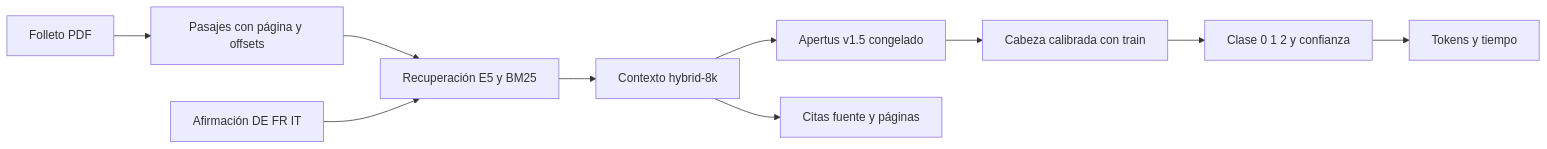
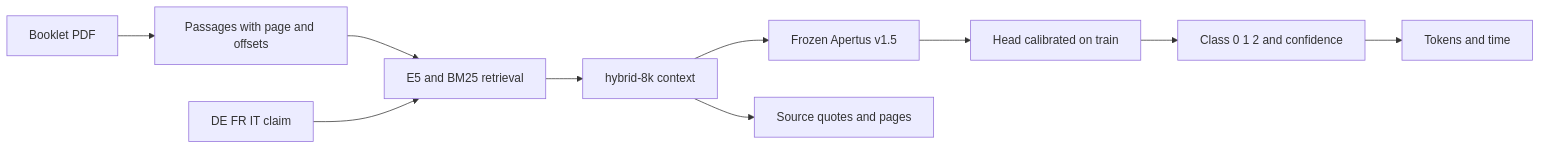
One commit to hallzyx/apertus changed the diagram in track_2a/experiments/apertus-v15-phase2/research-summary.md. Above: the diagram before and after it, drawn with Mermaid. The commit also changed other lines of this file and 7 other files, not shown here.

````diff
--- a/track_2a/experiments/apertus-v15-phase2/research-summary.md
+++ b/track_2a/experiments/apertus-v15-phase2/research-summary.md
@@ -43,12 +43,12 @@
 ```mermaid
 flowchart LR
- PDF[Folleto PDF] --> Parse[Pasajes con página y offsets]
- Parse --> Retrieve[Recuperación E5 y BM25]
- Claim[Afirmación DE FR IT] --> Retrieve
- Retrieve --> Context[Contexto hybrid-8k]
- Context --> Apertus[Apertus v1.5 congelado]
- Apertus --> Head[Cabeza calibrada con train]
- Head --> Label[Clase 0 1 2 y confianza]
- Context --> Quotes[Citas fuente y páginas]
- Label --> Metrics[Tokens y tiempo]
+ PDF[Booklet PDF] --> Parse[Passages with page and offsets]
+ Parse --> Retrieve[E5 and BM25 retrieval]
+ Claim[DE FR IT claim] --> Retrieve
+ Retrieve --> Context[hybrid-8k context]
+ Context --> Apertus[Frozen Apertus v1.5]
+ Apertus --> Head[Head calibrated on train]
+ Head --> Label[Class 0 1 2 and confidence]
+ Context --> Quotes[Source quotes and pages]
+ Label --> Metrics[Tokens and time]
 ```
````
